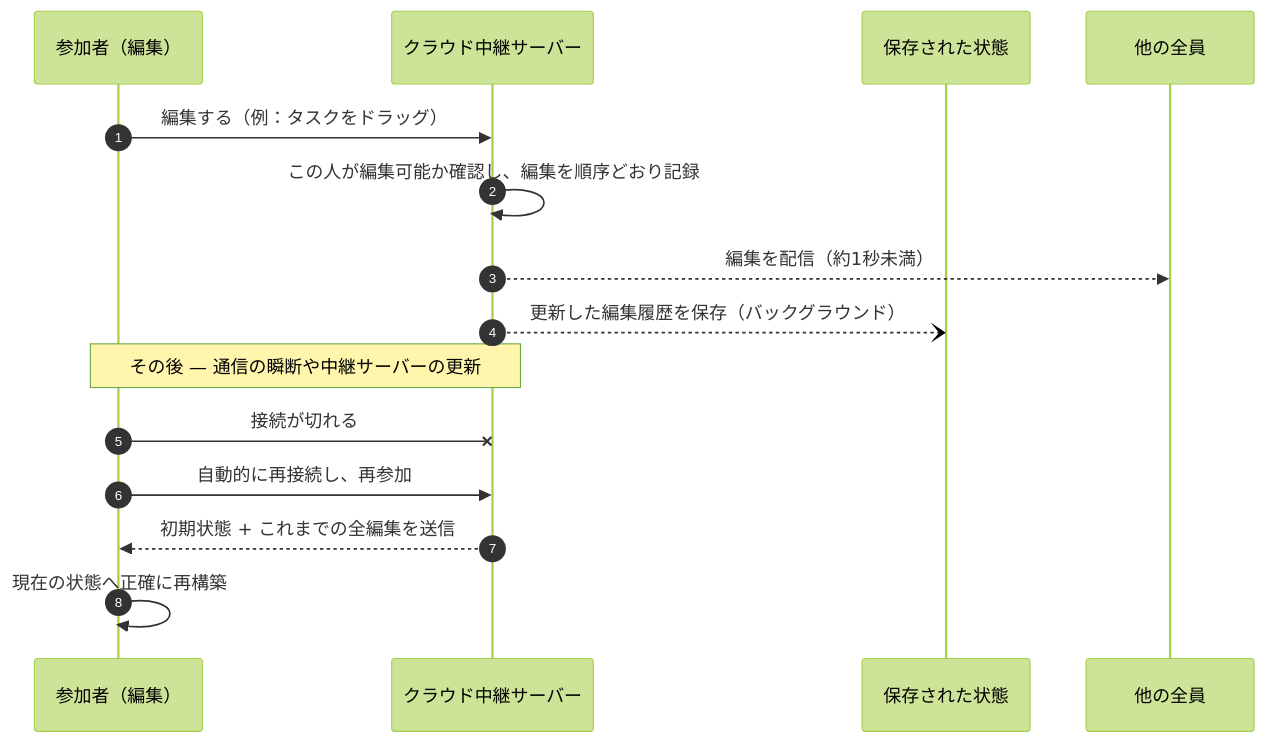
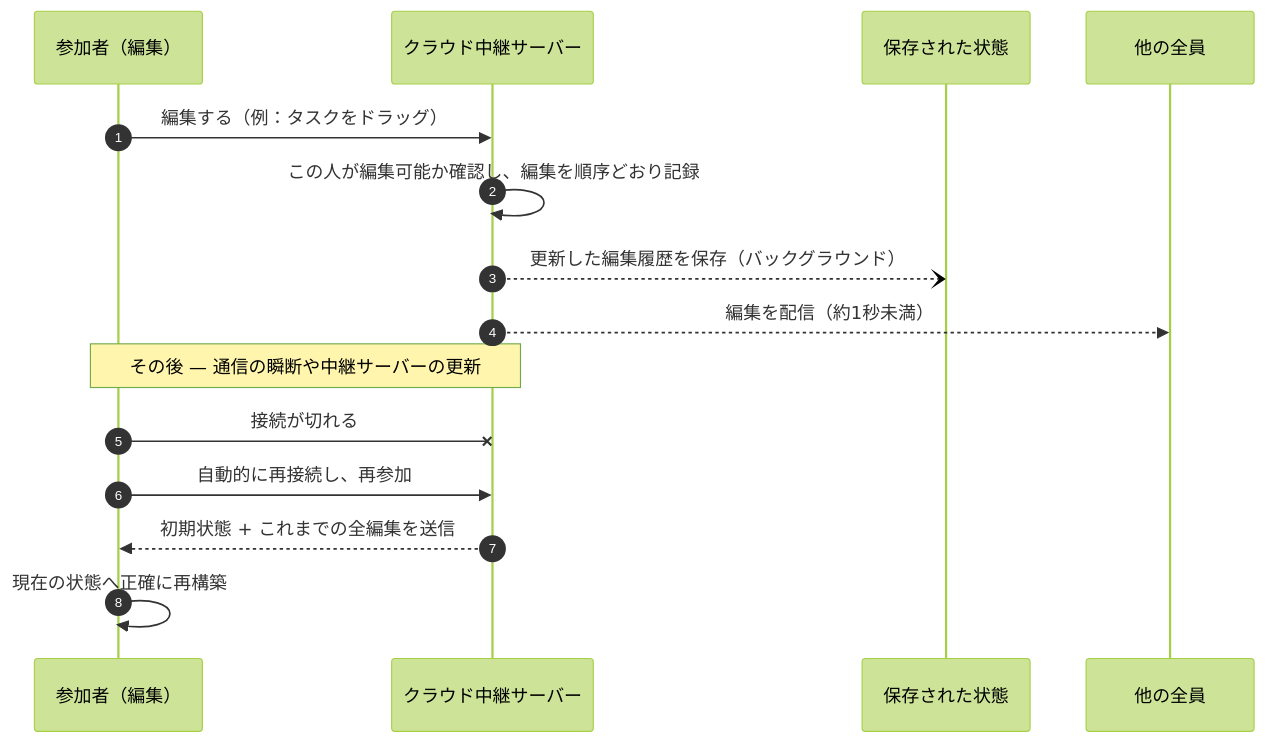
Before and after one commit to WhiTeXCharGe/TF_Testing: the sixth of 8 diagrams in GanttChartEditor/GanttChartEditor_OnlineCollabAzure_Presentation20260904(JP).md, drawn with Mermaid (forest theme). The commit also changed other lines of this file, not shown here.

````diff
--- a/GanttChartEditor/GanttChartEditor_OnlineCollabAzure_Presentation20260904(JP).md
+++ b/GanttChartEditor/GanttChartEditor_OnlineCollabAzure_Presentation20260904(JP).md
@@ -158,19 +263,19 @@
 ```mermaid
 sequenceDiagram
   autonumber
   participant P as 参加者（編集）
   participant R as クラウド中継サーバー
   participant ST as 保存された状態
   participant O as 他の全員
 
   P->>R: 編集する（例：タスクをドラッグ）
   R->>R: この人が編集可能か確認し、編集を順序どおり記録
+  R--)ST: 更新した編集履歴を保存（バックグラウンド）
   R-->>O: 編集を配信（約1秒未満）
-  R--)ST: 更新した編集履歴を保存（バックグラウンド）
 
   Note over P,R: その後 — 通信の瞬断や中継サーバーの更新
   P-xR: 接続が切れる
   P->>R: 自動的に再接続し、再参加
   R-->>P: 初期状態 + これまでの全編集を送信
   P->>P: 現在の状態へ正確に再構築
 ```
````
